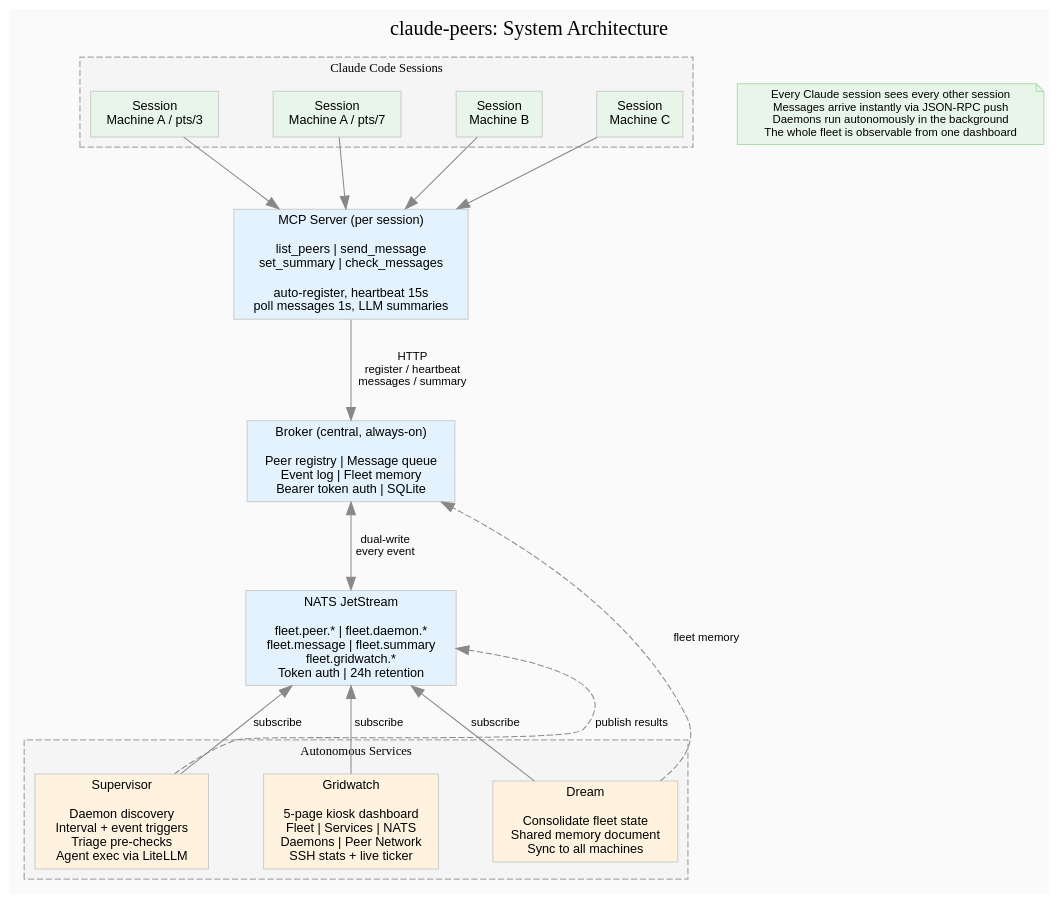
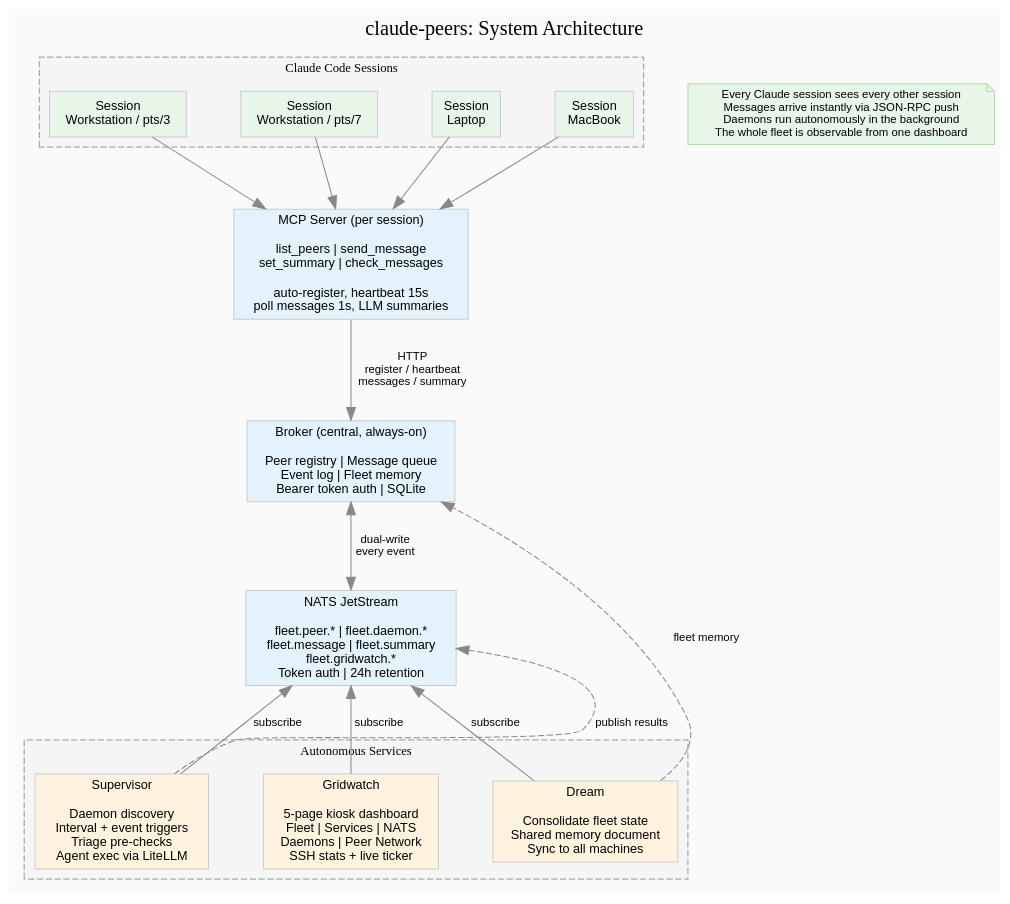
One commit to Human-Frontier-Labs-Inc/sontara-lattice changed the diagram in assets/architecture.dot. Above: the diagram before and after it, drawn with Graphviz. The commit also changed 8 other files, not shown here.

First line of the commit message:
Clean diagrams: generic fleet names, remove PII PNGs

```diff
--- a/assets/architecture.dot
+++ b/assets/architecture.dot
@@ -1,59 +1,59 @@
 digraph architecture {
   bgcolor="#FAFAFA"
   rankdir=TB
   fontname="Helvetica"
   node [fontname="Helvetica" fontsize=10 style="filled" fillcolor="#FFFFFF" color="#CCCCCC" shape=box penwidth=0.8]
   edge [fontname="Helvetica" fontsize=9 color="#888888" penwidth=0.8]
   newrank=true
   nodesep=0.6
   ranksep=0.7
 
   label="claude-peers: System Architecture"
   labelloc=t
   fontsize=16
   fontname="Helvetica Bold"
 
   // Sessions
   subgraph cluster_sessions {
     label="Claude Code Sessions" fontsize=10 style="dashed" color="#AAAAAA" bgcolor="#F5F5F5"
-    s1 [label="Session\nMachine A / pts/3" fillcolor="#E8F5E9"]
-    s2 [label="Session\nMachine A / pts/7" fillcolor="#E8F5E9"]
-    s3 [label="Session\nMachine B" fillcolor="#E8F5E9"]
-    s4 [label="Session\nMachine C" fillcolor="#E8F5E9"]
+    s1 [label="Session\nWorkstation / pts/3" fillcolor="#E8F5E9"]
+    s2 [label="Session\nWorkstation / pts/7" fillcolor="#E8F5E9"]
+    s3 [label="Session\nLaptop" fillcolor="#E8F5E9"]
+    s4 [label="Session\nMacBook" fillcolor="#E8F5E9"]
   }
 
   // MCP
   mcp [label="MCP Server (per session)\n\nlist_peers | send_message\nset_summary | check_messages\n\nauto-register, heartbeat 15s\npoll messages 1s, LLM summaries" fillcolor="#E3F2FD"]
 
   // Broker
   broker [label="Broker (central, always-on)\n\nPeer registry | Message queue\nEvent log | Fleet memory\nBearer token auth | SQLite" fillcolor="#E3F2FD"]
 
   // NATS
   nats [label="NATS JetStream\n\nfleet.peer.* | fleet.daemon.*\nfleet.message | fleet.summary\nfleet.gridwatch.*\nToken auth | 24h retention" fillcolor="#E3F2FD"]
 
   // Services
   subgraph cluster_services {
     label="Autonomous Services" fontsize=10 style="dashed" color="#AAAAAA" bgcolor="#F5F5F5"
 
     supervisor [label="Supervisor\n\nDaemon discovery\nInterval + event triggers\nTriage pre-checks\nAgent exec via LiteLLM" fillcolor="#FFF3E0"]
 
     gridwatch [label="Gridwatch\n\n5-page kiosk dashboard\nFleet | Services | NATS\nDaemons | Peer Network\nSSH stats + live ticker" fillcolor="#FFF3E0"]
 
     dream [label="Dream\n\nConsolidate fleet state\nShared memory document\nSync to all machines" fillcolor="#FFF3E0"]
   }
 
   // Flow
   {s1 s2 s3 s4} -> mcp [label="" constraint=true]
   mcp -> broker [label="HTTP\nregister / heartbeat\nmessages / summary"]
   broker -> nats [label="dual-write\nevery event" dir=both]
 
   nats -> supervisor [label="subscribe" dir=back constraint=true]
   nats -> gridwatch [label="subscribe" dir=back constraint=true]
   nats -> dream [label="subscribe" dir=back constraint=true]
 
   supervisor -> nats [label="publish results" constraint=false style=dashed]
   dream -> broker [label="fleet memory" constraint=false style=dashed]
 
   // Key insight note
   note [label="Every Claude session sees every other session\nMessages arrive instantly via JSON-RPC push\nDaemons run autonomously in the background\nThe whole fleet is observable from one dashboard" shape=note fillcolor="#E8F5E9" color="#AADDAA" fontsize=9]
 }
```
